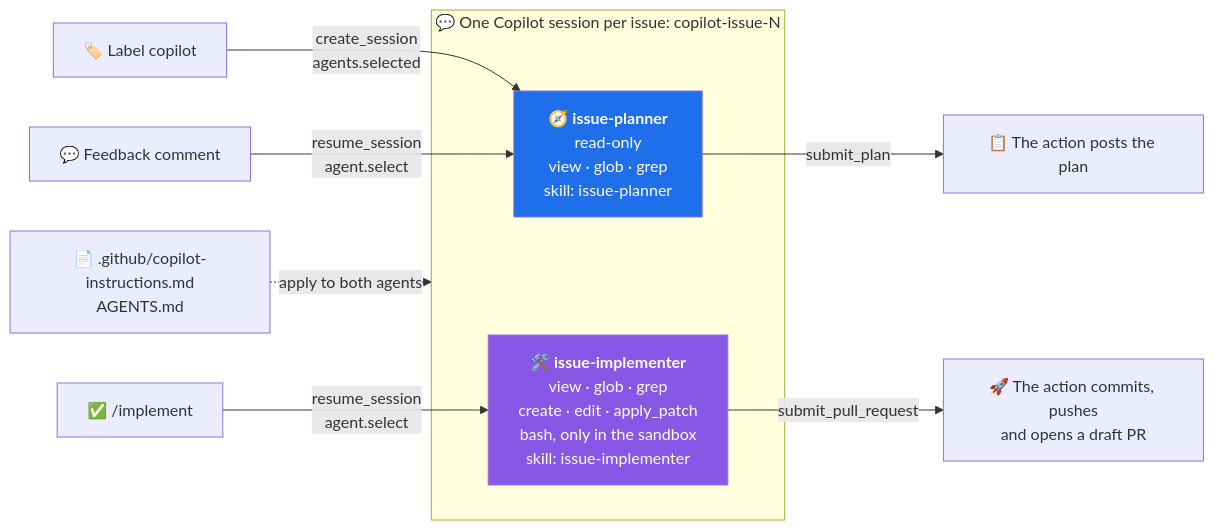
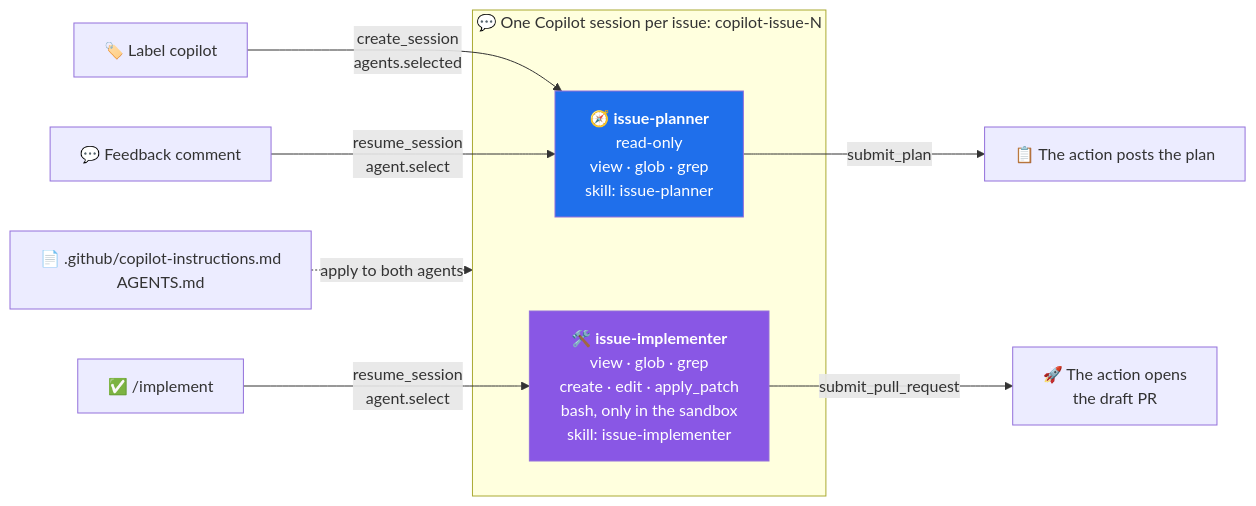
One commit to jeffrey-groneberg/issue-implementer changed the fifth of 10 diagrams in README.md. Above: the diagram before and after it, drawn with Mermaid. The commit also changed other lines of this file, not shown here.

First line of the commit message:
docs: keep diagram labels on one line and compact tall diagrams

````diff
--- a/README.md
+++ b/README.md
@@ -170,18 +167,19 @@
 ```mermaid
+%%{init: {"flowchart": {"wrappingWidth": 320}}}%%
 flowchart LR
     L["🏷️ Label copilot"] -->|"create_session<br/>agents.selected"| P
     F["💬 Feedback comment"] -->|"resume_session<br/>agent.select"| P
     I["✅ /implement"] -->|"resume_session<br/>agent.select"| M
 
     subgraph S["💬 One Copilot session per issue: copilot-issue-N"]
         P["🧭 <b>issue-planner</b><br/>read-only<br/>view · glob · grep<br/>skill: issue-planner"]
         M["🛠️ <b>issue-implementer</b><br/>view · glob · grep<br/>create · edit · apply_patch<br/>bash, only in the sandbox<br/>skill: issue-implementer"]
     end
 
     P -->|"submit_plan"| PC["📋 The action posts the plan"]
-    M -->|"submit_pull_request"| PR["🚀 The action commits, pushes<br/>and opens a draft PR"]
+    M -->|"submit_pull_request"| PR["🚀 The action opens<br/>the draft PR"]
     RI["📄 .github/copilot-instructions.md<br/>AGENTS.md"] -.->|"apply to both agents"| S
 
     style P fill:#1f6feb,color:#fff
     style M fill:#8957e5,color:#fff
 ```
````
